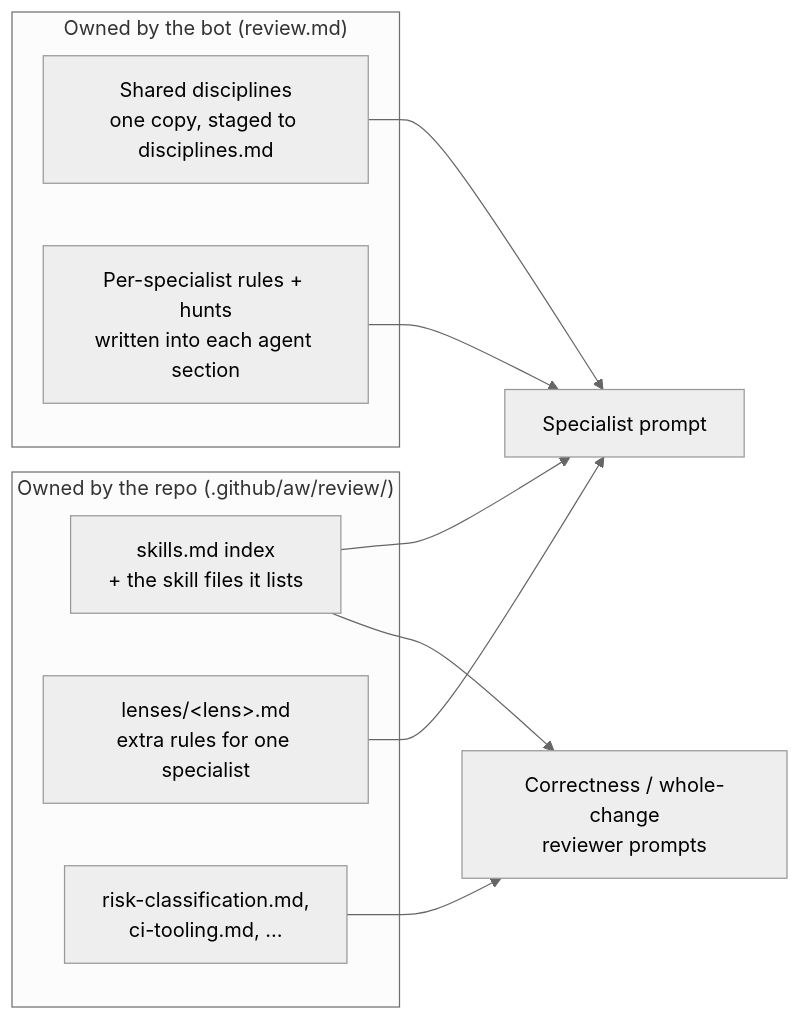
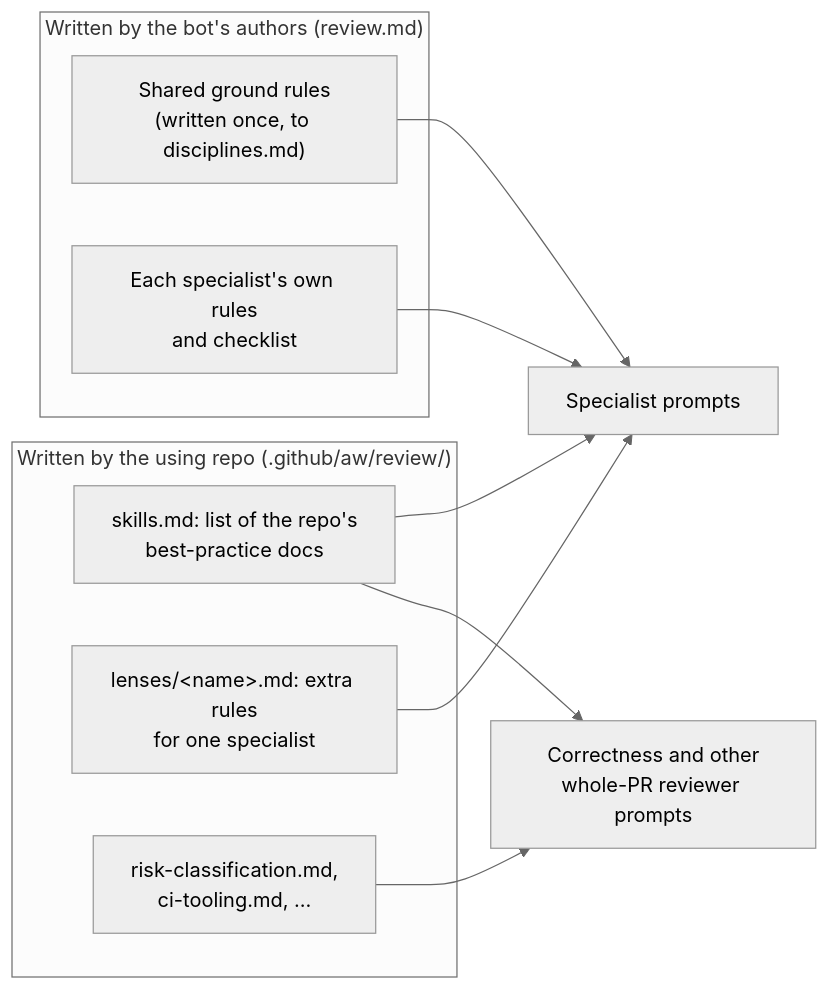
The eighth of 12 diagrams in workflows/review/ARCHITECTURE.md (Khan/actions), drawn with Mermaid (neutral theme) before and after one commit. The commit also changed other lines of this file, not shown here.

````diff
--- a/workflows/review/ARCHITECTURE.md
+++ b/workflows/review/ARCHITECTURE.md
@@ -212,18 +212,18 @@
 ```mermaid
 flowchart LR
-  subgraph Bot["Owned by the bot (review.md)"]
-    D[Shared disciplines<br/>one copy, staged to disciplines.md]
-    R[Per-specialist rules + hunts<br/>written into each agent section]
+  subgraph Bot["Written by the bot's authors (review.md)"]
+    D["Shared ground rules<br/>(written once, to disciplines.md)"]
+    R["Each specialist's own rules<br/>and checklist"]
   end
-  subgraph Repo["Owned by the repo (.github/aw/review/)"]
-    S[skills.md index<br/>+ the skill files it lists]
-    L["lenses/#lt;lens#gt;.md<br/>extra rules for one specialist"]
-    O[risk-classification.md,<br/>ci-tooling.md, …]
+  subgraph Repo["Written by the using repo (.github/aw/review/)"]
+    S["skills.md: list of the repo's<br/>best-practice docs"]
+    L["lenses/#lt;name#gt;.md: extra rules<br/>for one specialist"]
+    O["risk-classification.md,<br/>ci-tooling.md, …"]
   end
-  D --> P[Specialist prompt]
+  D --> P[Specialist prompts]
   R --> P
   S --> P
   L --> P
-  O --> C[Correctness / whole-change<br/>reviewer prompts]
+  O --> C[Correctness and other<br/>whole-PR reviewer prompts]
   S --> C
 ```
````
